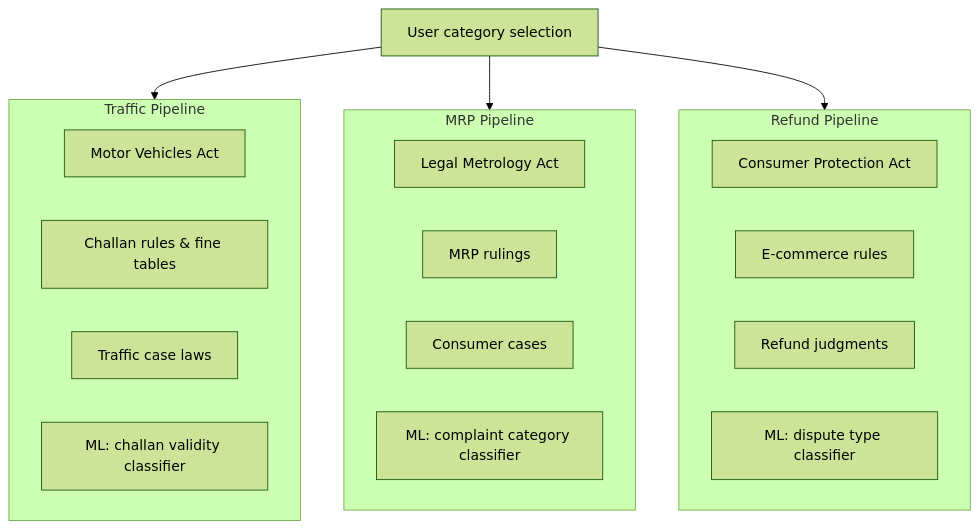
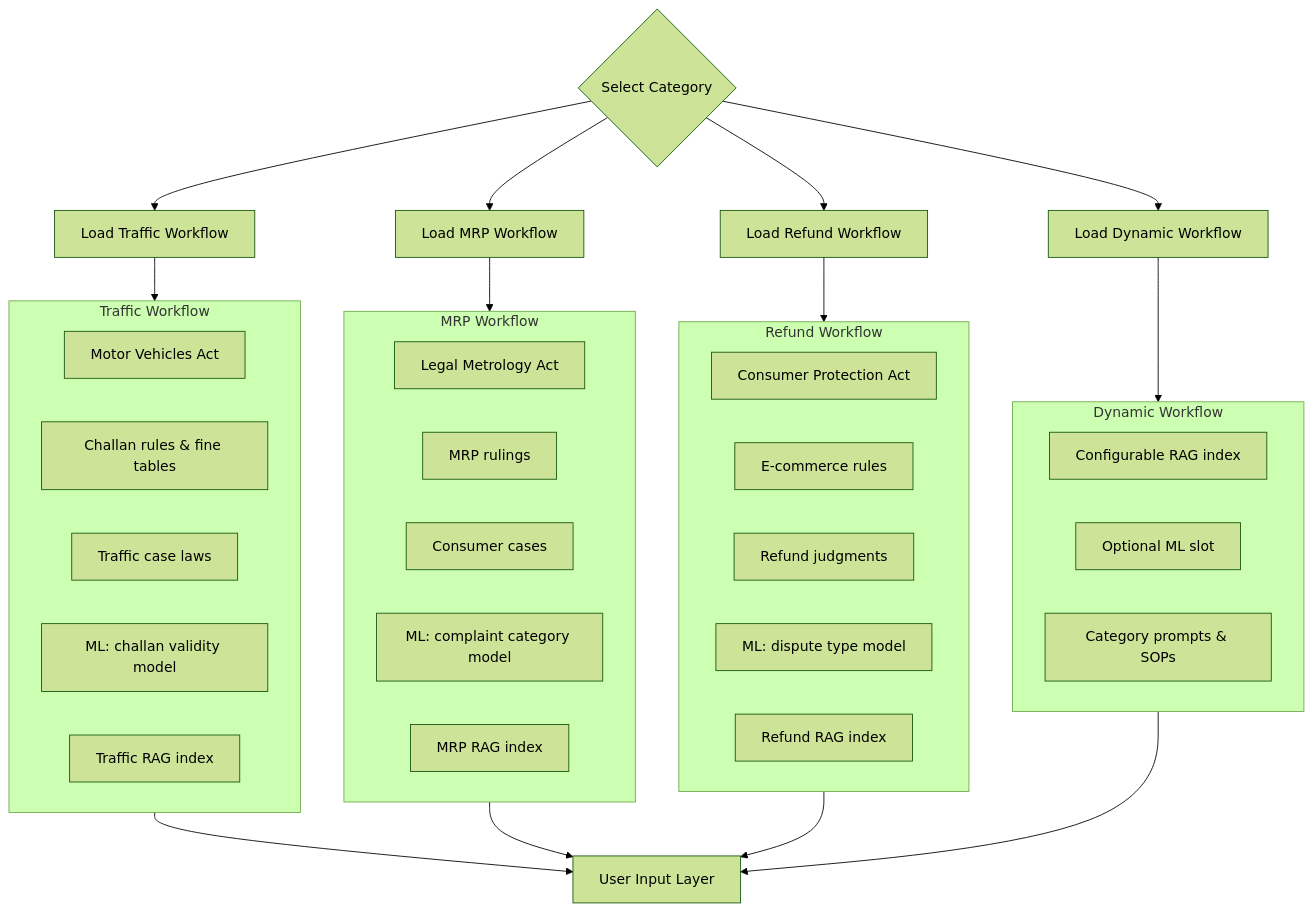
The third of 8 diagrams in README.md (SudhanshuBiswas01/Justice-AI), drawn with Mermaid (forest theme) before and after one commit. The commit also changed other lines of this file, not shown here.

First line of the commit message:
docs: align HLD Mermaid diagrams with author flowchart

````diff
--- a/README.md
+++ b/README.md
@@ -69,27 +94,44 @@
 ```mermaid
 flowchart TB
-    subgraph Traffic["Traffic Pipeline"]
+    C{Select Category} --> D[Load Traffic Workflow]
+    C --> E[Load MRP Workflow]
+    C --> F[Load Refund Workflow]
+    C --> G[Load Dynamic Workflow]
+
+    subgraph Traffic["Traffic Workflow"]
         T1[Motor Vehicles Act]
         T2[Challan rules & fine tables]
         T3[Traffic case laws]
-        T4[ML: challan validity classifier]
+        T4[ML: challan validity model]
+        T5[Traffic RAG index]
     end
 
-    subgraph MRP["MRP Pipeline"]
+    subgraph MRP["MRP Workflow"]
         M1[Legal Metrology Act]
         M2[MRP rulings]
         M3[Consumer cases]
-        M4[ML: complaint category classifier]
+        M4[ML: complaint category model]
+        M5[MRP RAG index]
     end
 
-    subgraph Refund["Refund Pipeline"]
+    subgraph Refund["Refund Workflow"]
         R1[Consumer Protection Act]
         R2[E-commerce rules]
         R3[Refund judgments]
-        R4[ML: dispute type classifier]
+        R4[ML: dispute type model]
+        R5[Refund RAG index]
     end
 
-    CAT[User category selection] --> Traffic
-    CAT --> MRP
-    CAT --> Refund
+    subgraph Future["Dynamic Workflow"]
+        F1[Configurable RAG index]
+        F2[Optional ML slot]
+        F3[Category prompts & SOPs]
+    end
+
+    D --> Traffic
+    E --> MRP
+    F --> Refund
+    G --> Future
+
+    Traffic & MRP & Refund & Future --> H[User Input Layer]
 ```
````
